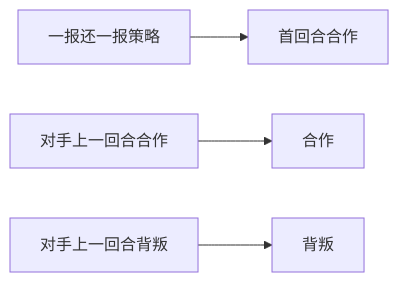
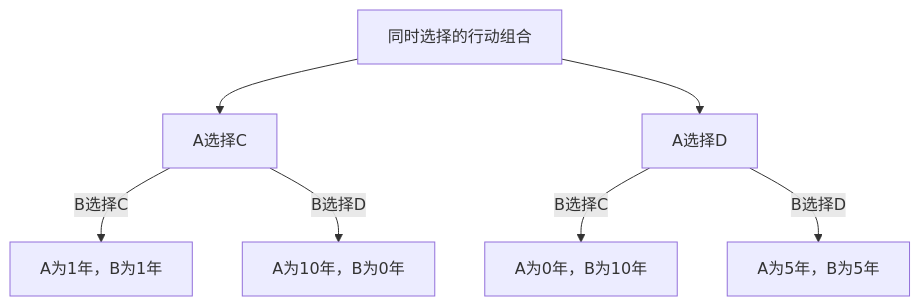
The first of 2 diagrams in content/post/paradox-prisoners-dilemma/index.zh-cn.md (kenjinote/blog), drawn with Mermaid before and after one commit. The commit also changed other lines of this file and 9 other files, not shown here.

````diff
--- a/content/post/paradox-prisoners-dilemma/index.zh-cn.md
+++ b/content/post/paradox-prisoners-dilemma/index.zh-cn.md
@@ -106,12 +35,9 @@
 ```mermaid
-graph LR
-    A["一报还一报策略"]
-    B["首回合合作"]
-    C["对手上一回合合作"]
-    D["对手上一回合背叛"]
-    E["合作"]
-    F["背叛"]
-    A --> B
-    C --> E
-    D --> F
+graph TD
+    Start["同时选择的行动组合"] --> AC["A选择C"]
+    Start --> AD["A选择D"]
+    AC -->|"B选择C"| CC["A为1年，B为1年"]
+    AC -->|"B选择D"| CD["A为10年，B为0年"]
+    AD -->|"B选择C"| DC["A为0年，B为10年"]
+    AD -->|"B选择D"| DD["A为5年，B为5年"]
 ```
````
